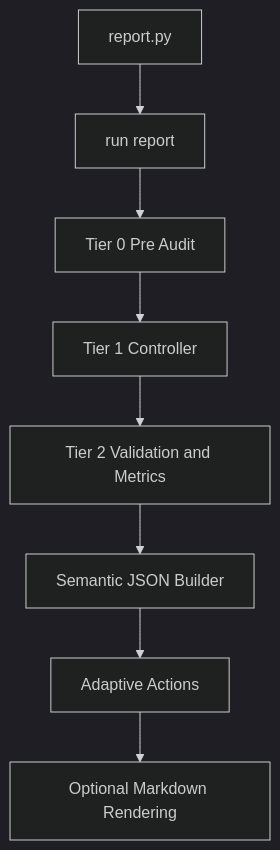
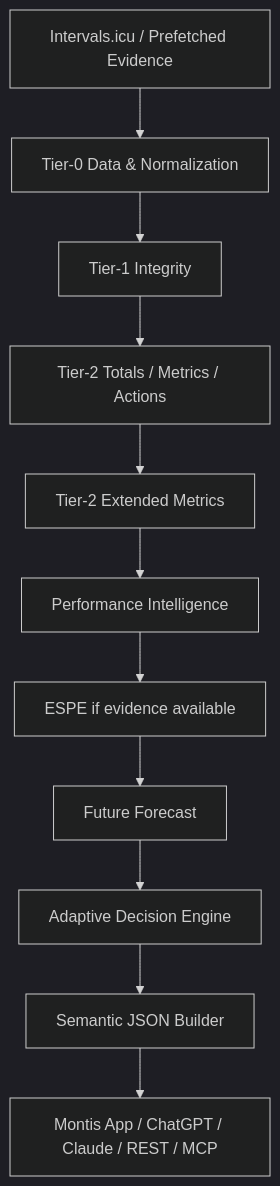
One commit to revo2wheels/intervalsicugptcoach-public changed the diagram in docs/audit_chain_overview.md. Above: the diagram before and after it, drawn with Mermaid (dark theme). The commit also changed other lines of this file, not shown here.

Commit message:
docs: refresh canonical audit and intelligence flow

````diff
--- a/docs/audit_chain_overview.md
+++ b/docs/audit_chain_overview.md
@@ -83,10 +95,13 @@
 ```mermaid
-graph TB
-    A["report.py"] --> B["run report"]
-    B --> C["Tier 0 Pre Audit"]
-    C --> D["Tier 1 Controller"]
-    D --> E["Tier 2 Validation and Metrics"]
-    E --> F["Semantic JSON Builder"]
-    F --> G["Adaptive Actions"]
-    G --> H["Optional Markdown Rendering"]
+flowchart TD
+    A[Intervals.icu / Prefetched Evidence] --> B[Tier-0 Data & Normalization]
+    B --> C[Tier-1 Integrity]
+    C --> D[Tier-2 Totals / Metrics / Actions]
+    D --> E[Tier-2 Extended Metrics]
+    E --> F[Performance Intelligence]
+    F --> G[ESPE if evidence available]
+    G --> H[Future Forecast]
+    H --> I[Adaptive Decision Engine]
+    I --> J[Semantic JSON Builder]
+    J --> K[Montis App / ChatGPT / Claude / REST / MCP]
 ```
````
